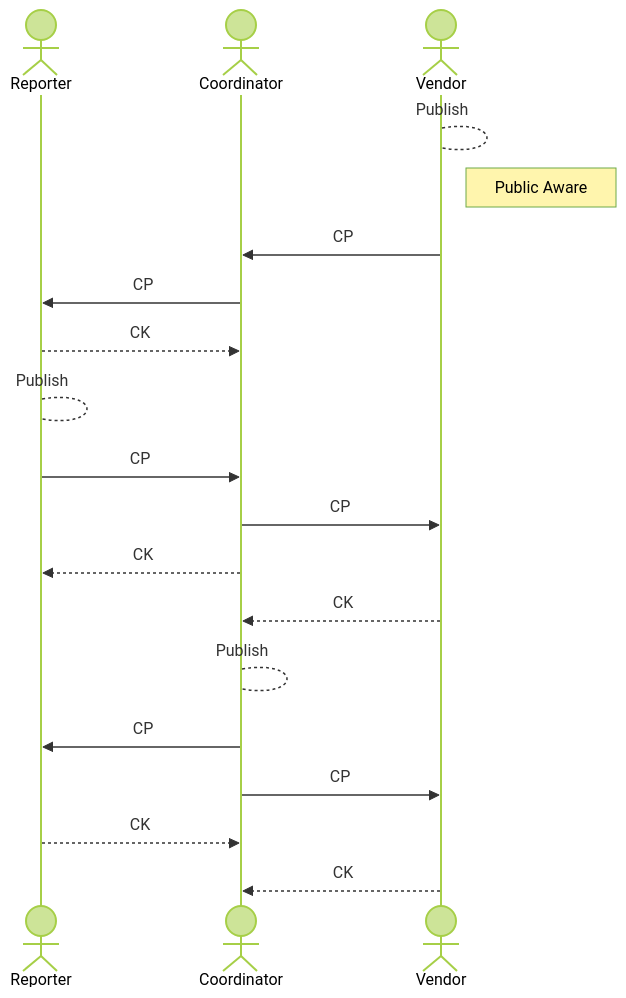
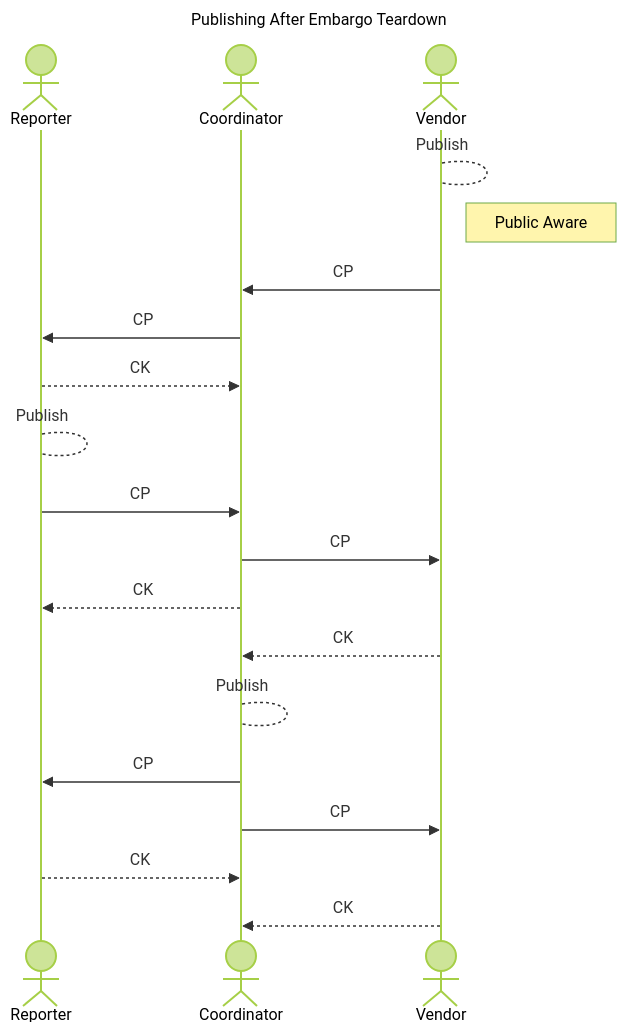
Diagram 12 of 13 in docs/tutorials/worked_example.md (CERTCC/Vultron), drawn with Mermaid (forest theme) before and after one commit. The commit also changed other lines of this file, not shown here.

First line of the commit message:
docs: add mermaid title: headers to worked_example.md diagrams

````diff
--- a/docs/tutorials/worked_example.md
+++ b/docs/tutorials/worked_example.md
@@ -327,22 +360,25 @@
 ```mermaid
+---
+title: Publishing After Embargo Teardown
+---
 sequenceDiagram
     actor Reporter
     actor Coordinator
     actor Vendor
 
     Vendor --> Vendor: Publish
     note right of Vendor: Public Aware
     Vendor ->> Coordinator: CP
     Coordinator ->> Reporter: CP
     Reporter -->> Coordinator: CK
     Reporter --> Reporter: Publish
     Reporter ->> Coordinator: CP
     Coordinator ->> Vendor: CP
     Coordinator -->> Reporter: CK
     Vendor -->> Coordinator: CK
     Coordinator --> Coordinator: Publish
     Coordinator ->> Reporter: CP
     Coordinator ->> Vendor: CP
     Reporter -->> Coordinator: CK
     Vendor -->> Coordinator: CK
 ```
````
